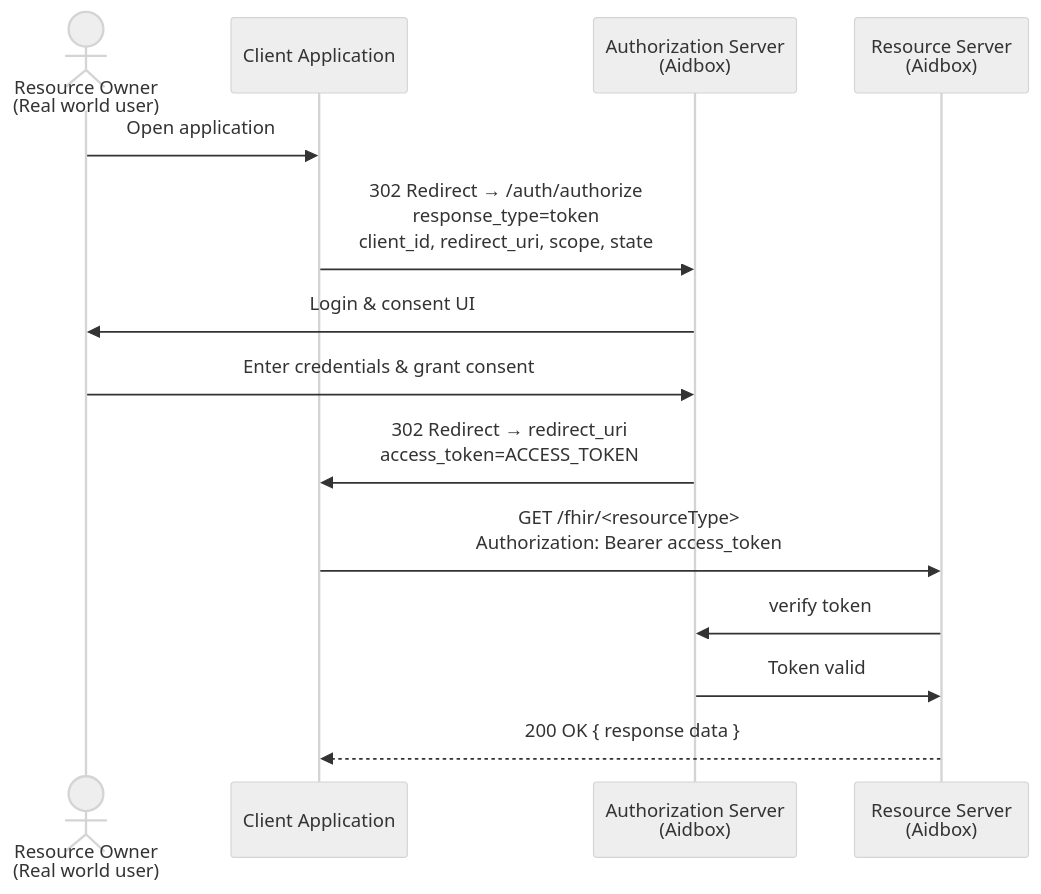
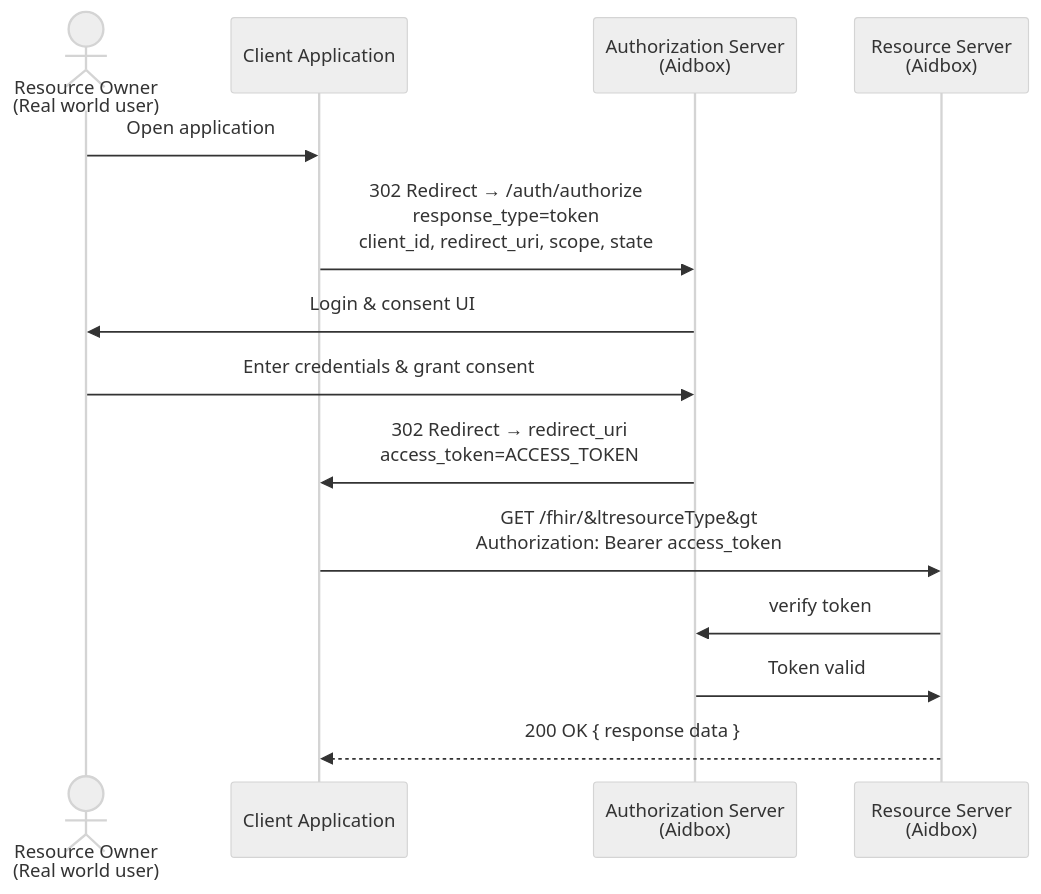
Before and after one commit to HealthSamurai/documentation: the fourth of 4 diagrams in docs/access-control/authentication/oauth-2-0.md, drawn with Mermaid (neutral theme). The commit also changed other lines of this file, not shown here.

Commit message:
fix mermaid rendering

````diff
--- a/docs/access-control/authentication/oauth-2-0.md
+++ b/docs/access-control/authentication/oauth-2-0.md
@@ -96,18 +96,18 @@
 ```mermaid
 sequenceDiagram
   actor User as Resource Owner<br>(Real world user)
   participant Client as Client Application
   participant AS as Authorization Server<br>(Aidbox)
   participant RS as Resource Server<br>(Aidbox)
 
   User->>Client: Open application
   Client->>AS: 302 Redirect → /auth/authorize<br>response_type=token<br>client_id, redirect_uri, scope, state
   AS->>User: Login & consent UI
   User->>AS: Enter credentials & grant consent
   AS->>Client: 302 Redirect → redirect_uri<br>access_token=ACCESS_TOKEN
-  Client->>RS: GET /fhir/<resourceType><br>Authorization: Bearer access_token
+  Client->>RS: GET /fhir/&ltresourceType&gt<br>Authorization: Bearer access_token
   RS->>AS: verify token
   AS->>RS: Token valid
   RS-->>Client: 200 OK { response data }
 
 ```
````
